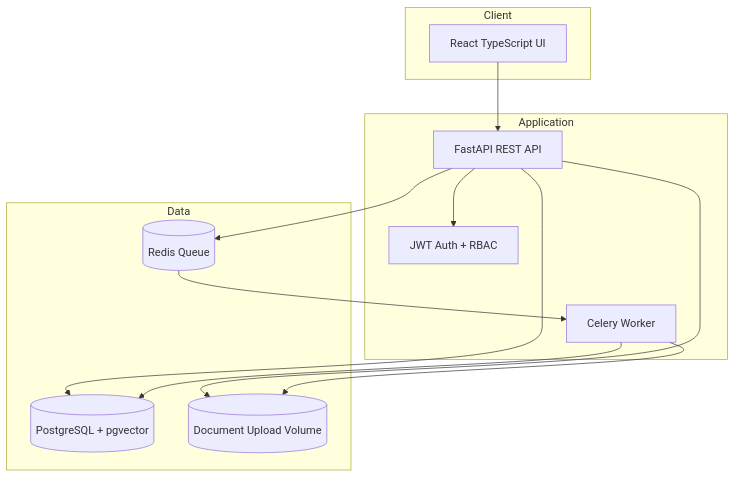
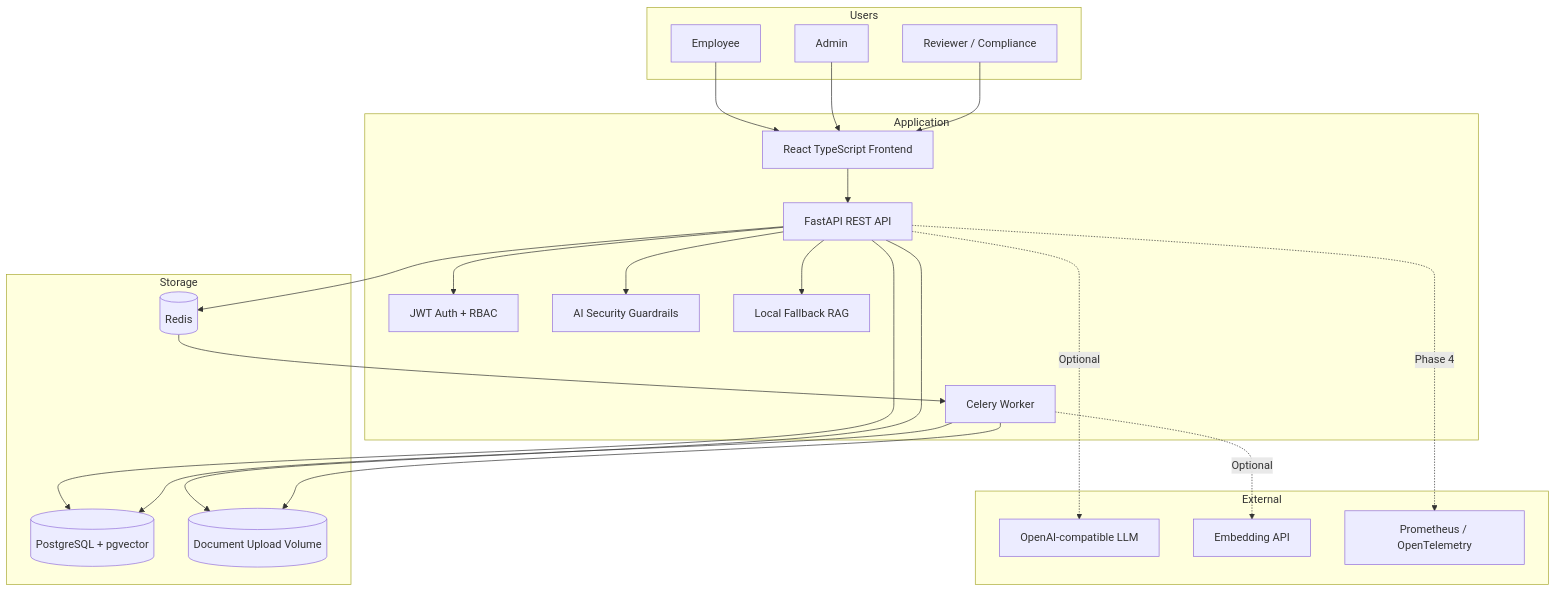
One commit to rahul2333/enterprise-rag-governance changed the first of 2 diagrams in docs/architecture.md. Above: the diagram before and after it, drawn with Mermaid. The commit also changed other lines of this file and 75 other files, not shown here.

````diff
--- a/docs/architecture.md
+++ b/docs/architecture.md
@@ -3,24 +7,46 @@
 ```mermaid
 flowchart TB
-  subgraph Client
-    FE[React TypeScript UI]
+  subgraph Users
+    Employee["Employee"]
+    Admin["Admin"]
+    Reviewer["Reviewer / Compliance"]
   end
+
   subgraph Application
-    API[FastAPI REST API]
-    RBAC[JWT Auth + RBAC]
-    Worker[Celery Worker]
+    UI["React TypeScript Frontend"]
+    API["FastAPI REST API"]
+    Auth["JWT Auth + RBAC"]
+    Guardrails["AI Security Guardrails"]
+    LocalRag["Local Fallback RAG"]
+    Worker["Celery Worker"]
   end
-  subgraph Data
-    PG[(PostgreSQL + pgvector)]
-    Redis[(Redis Queue)]
-    Files[(Document Upload Volume)]
+
+  subgraph Storage
+    DB[("PostgreSQL + pgvector")]
+    Redis[("Redis")]
+    Uploads[("Document Upload Volume")]
   end
-  FE --> API
-  API --> RBAC
-  API --> PG
+
+  subgraph External
+    LLM["OpenAI-compatible LLM"]
+    Embed["Embedding API"]
+    Obs["Prometheus / OpenTelemetry"]
+  end
+
+  Employee --> UI
+  Admin --> UI
+  Reviewer --> UI
+  UI --> API
+  API --> Auth
+  API --> Guardrails
+  API --> LocalRag
+  API --> DB
   API --> Redis
-  API --> Files
+  API --> Uploads
   Redis --> Worker
-  Worker --> Files
-  Worker --> PG
+  Worker --> Uploads
+  Worker --> DB
+  Worker -. Optional .-> Embed
+  API -. Optional .-> LLM
+  API -. Phase 4 .-> Obs
 ```
````
